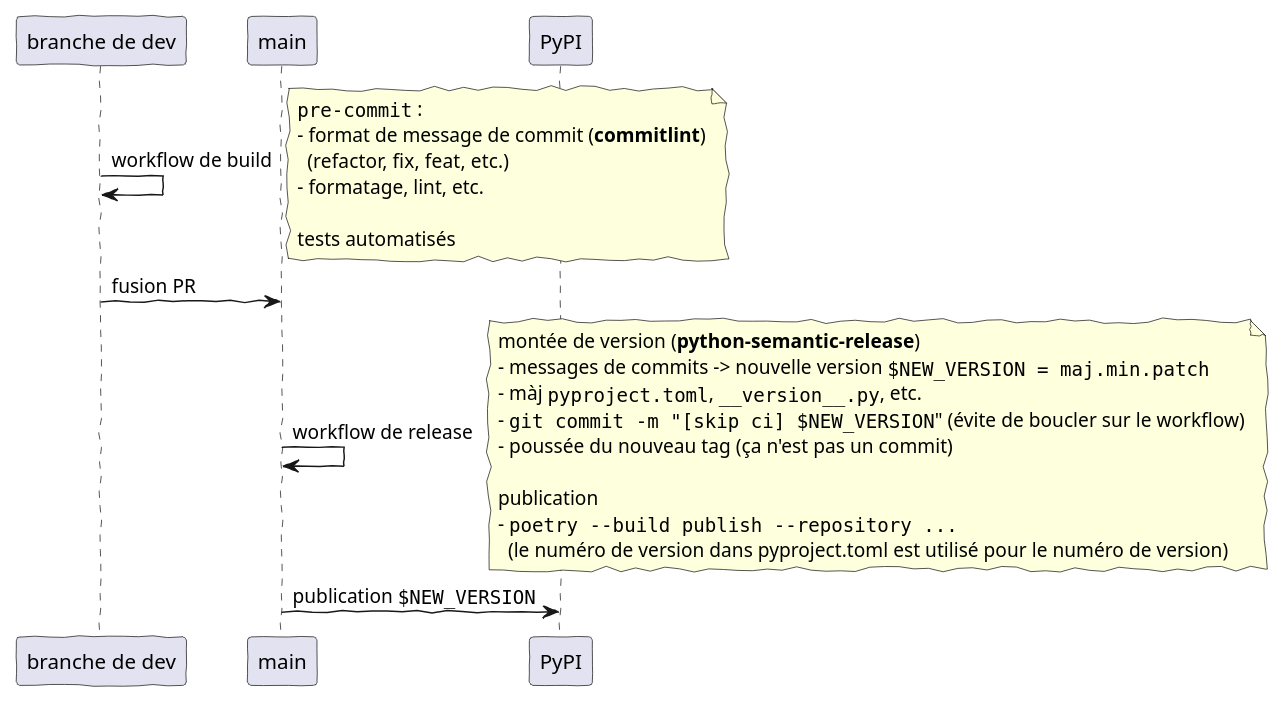
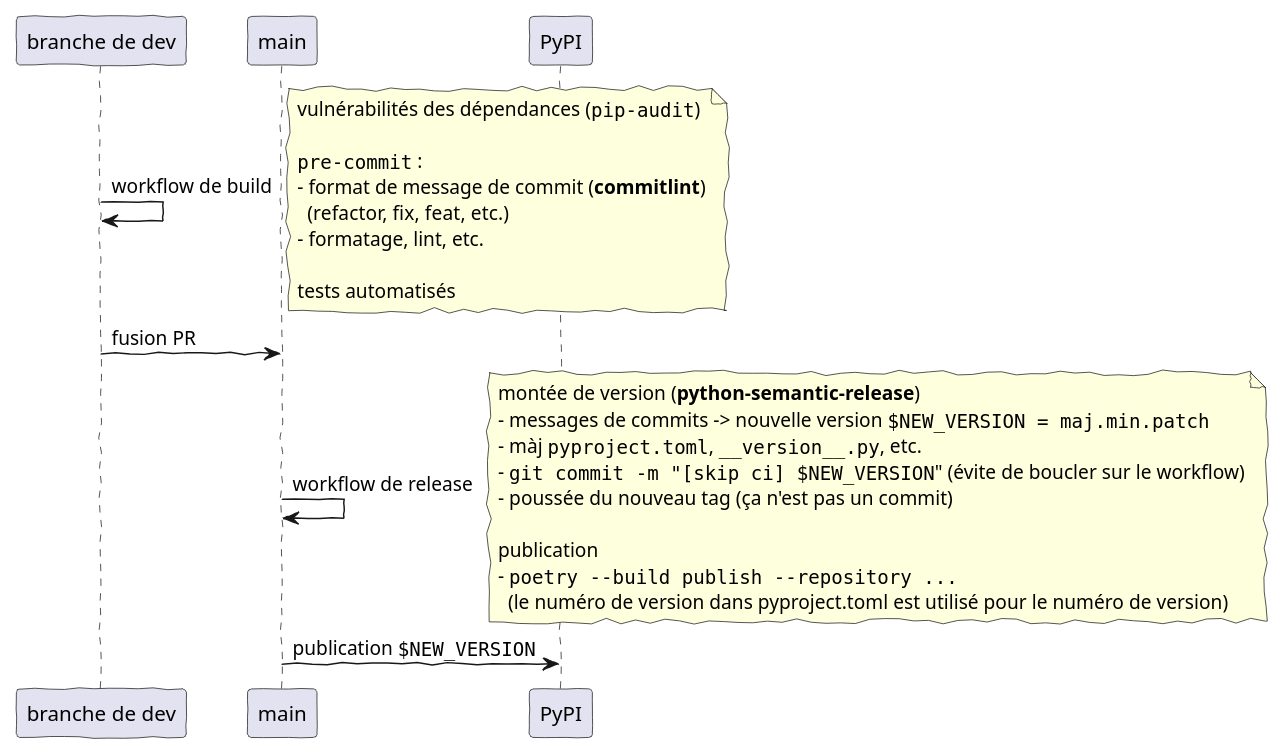
Before and after one commit to lucsorel/conferences: the diagram in python-rennes-2023.10.10-cicd-projets-python/2023.10.10-outiller_projet_python_avec_github_actions.adoc, drawn with PlantUML. The commit also changed other lines of this file, not shown here.

Commit message:
feat(cicd): add pip-audit reference

```diff
--- a/python-rennes-2023.10.10-cicd-projets-python/2023.10.10-outiller_projet_python_avec_github_actions.adoc
+++ b/python-rennes-2023.10.10-cicd-projets-python/2023.10.10-outiller_projet_python_avec_github_actions.adoc
@@ -357,33 +357,35 @@
 [plantuml, target=sequence-diagram, format=svg]
 ----
 @startuml ci-semantic-release-publish
 skinparam handwritten true
 
 participant "branche de dev" as feature
 feature -> feature : workflow de build
 note right
+  vulnérabilités des dépendances (""pip-audit"")
+
   ""pre-commit"" :
   - format de message de commit (**commitlint**)
     (refactor, fix, feat, etc.)
   - formatage, lint, etc.
 
   tests automatisés
 end note
 
 feature -> main : fusion PR
 main -> main : workflow de release
 note right
   montée de version (**python-semantic-release**)
   - messages de commits -> nouvelle version ""$NEW_VERSION = maj.min.patch""
   - màj ""pyproject.toml"", ""~__version~__.py"", etc.
   - ""git commit -m "[skip ci] $NEW_VERSION""" (évite de boucler sur le workflow)
   - poussée du nouveau tag (ça n'est pas un commit)
 
   publication
   - ""poetry ~--build publish ~--repository ...""
     (le numéro de version dans pyproject.toml est utilisé pour le numéro de version)
 end note
 
 main -> PyPI : publication ""$NEW_VERSION""
 @enduml
 ----
```
